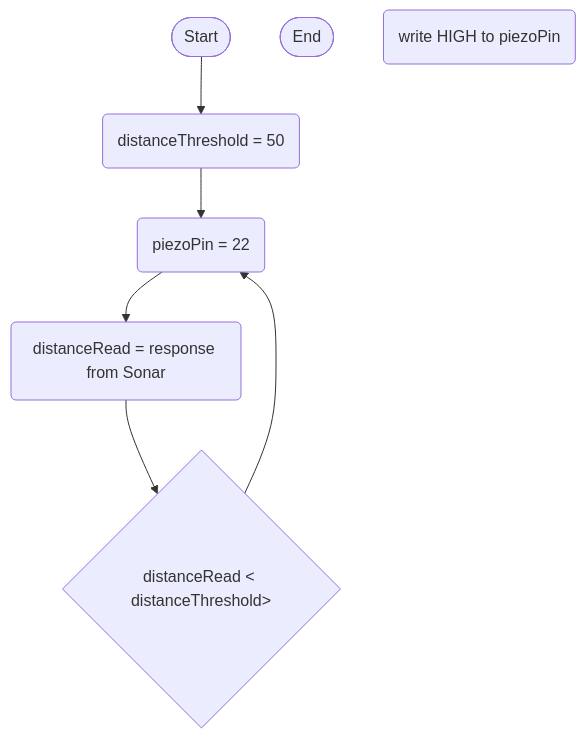
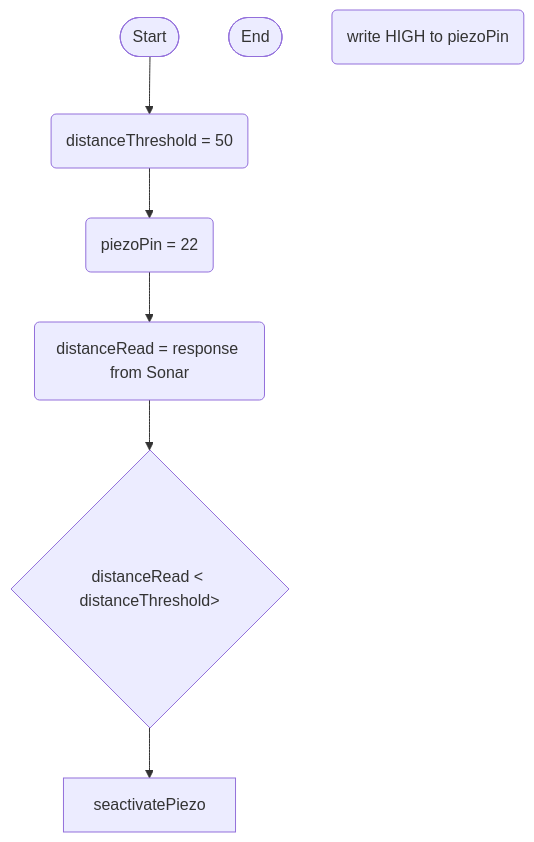
The diagram in logic.md (0717330/arduino-board-project), drawn with Mermaid before and after one commit.

````diff
--- a/logic.md
+++ b/logic.md
@@ -1,17 +1,17 @@
 ```mermaid
 flowchart TD
 terminalStart([Start])
 terminalEnd([End])
 
 thresholdSet(distanceThreshold = 50)
 setPiezoPin(piezoPin = 22)
 currentDistanceReading(distanceRead = response from Sonar)
 activatePiezo(write HIGH to piezoPin)
 ifDistanceLessThanThreshold{distanceRead < distanceThreshold>}
 
 terminalStart --> thresholdSet
 thresholdSet --> setPiezoPin
 setPiezoPin --> currentDistanceReading
 currentDistanceReading --> ifDistanceLessThanThreshold
-ifDistanceLessThanThreshold --> setPiezoPin
+ifDistanceLessThanThreshold --> seactivatePiezo
 ```
````
